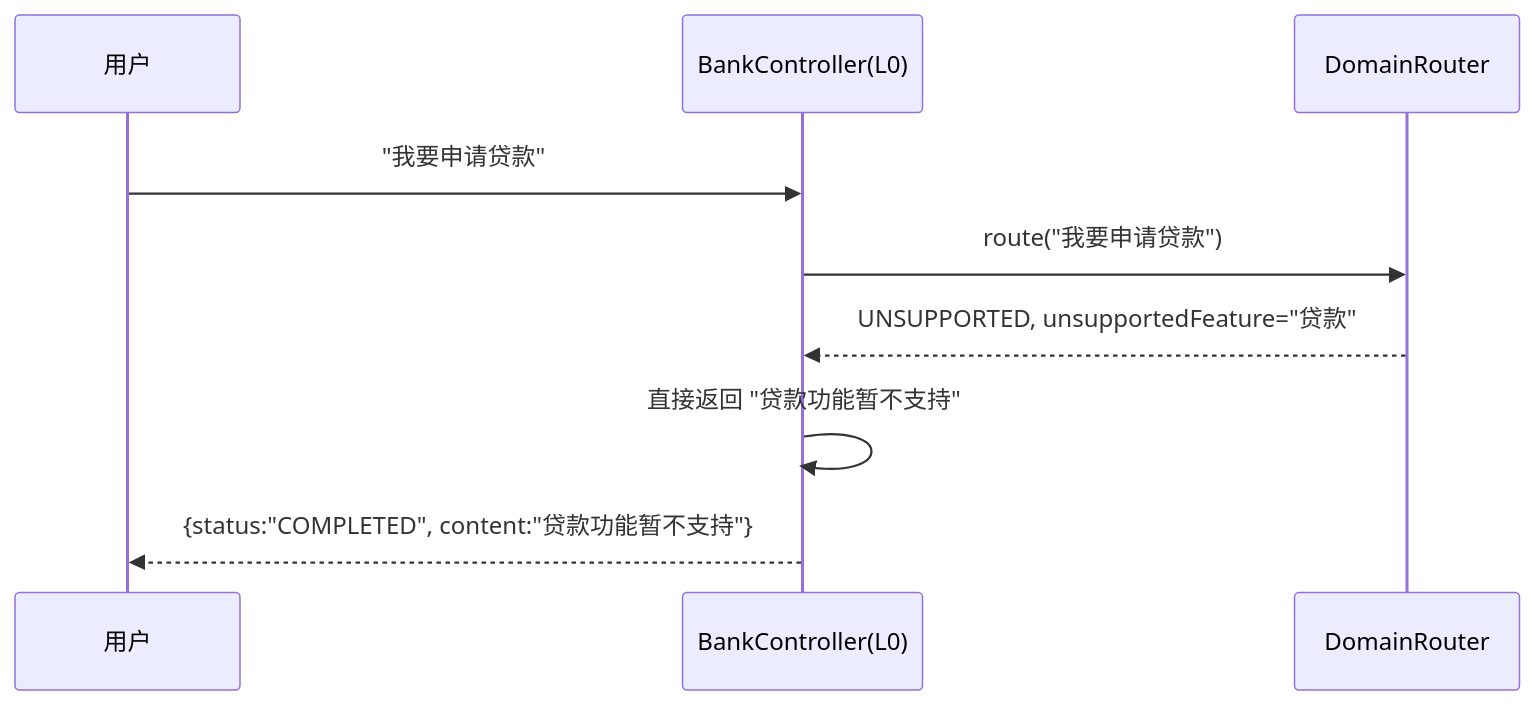
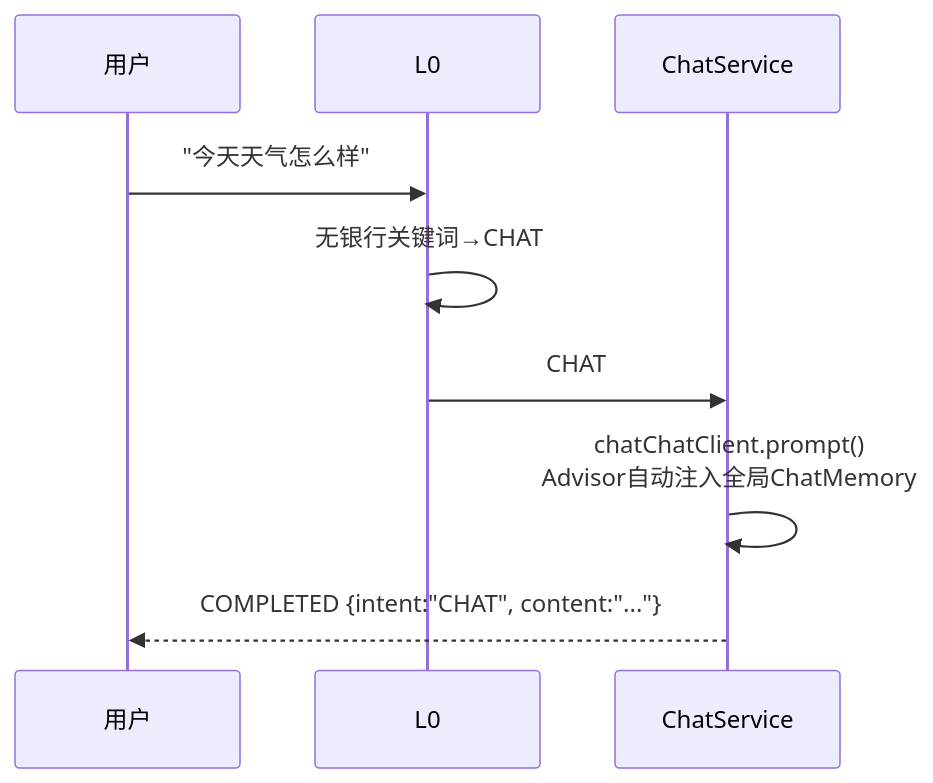
Before and after one commit to michael-lin-45/mobile-ai-bank-demo---workbuddy: diagram 17 of 22 in ARCHITECTURE-FULL.md, drawn with Mermaid. The commit also changed other lines of this file and 30 other files, not shown here.

````diff
--- a/ARCHITECTURE-FULL.md
+++ b/ARCHITECTURE-FULL.md
@@ -631,12 +627,12 @@
 ```mermaid
 sequenceDiagram
     participant U as 用户
-    participant BC as BankController(L0)
-    participant DR as DomainRouter
+    participant L0 as L0
+    participant CS as ChatService
     
-    U->>BC: "我要申请贷款"
-    BC->>DR: route("我要申请贷款")
-    DR-->>BC: UNSUPPORTED, unsupportedFeature="贷款"
-    BC->>BC: 直接返回 "贷款功能暂不支持"
-    BC-->>U: {status:"COMPLETED", content:"贷款功能暂不支持"}
+    U->>L0: "今天天气怎么样"
+    L0->>L0: 无银行关键词→CHAT
+    L0->>CS: CHAT
+    CS->>CS: chatChatClient.prompt()<br/>Advisor自动注入全局ChatMemory
+    CS-->>U: COMPLETED {intent:"CHAT", content:"..."}
 ```
````
